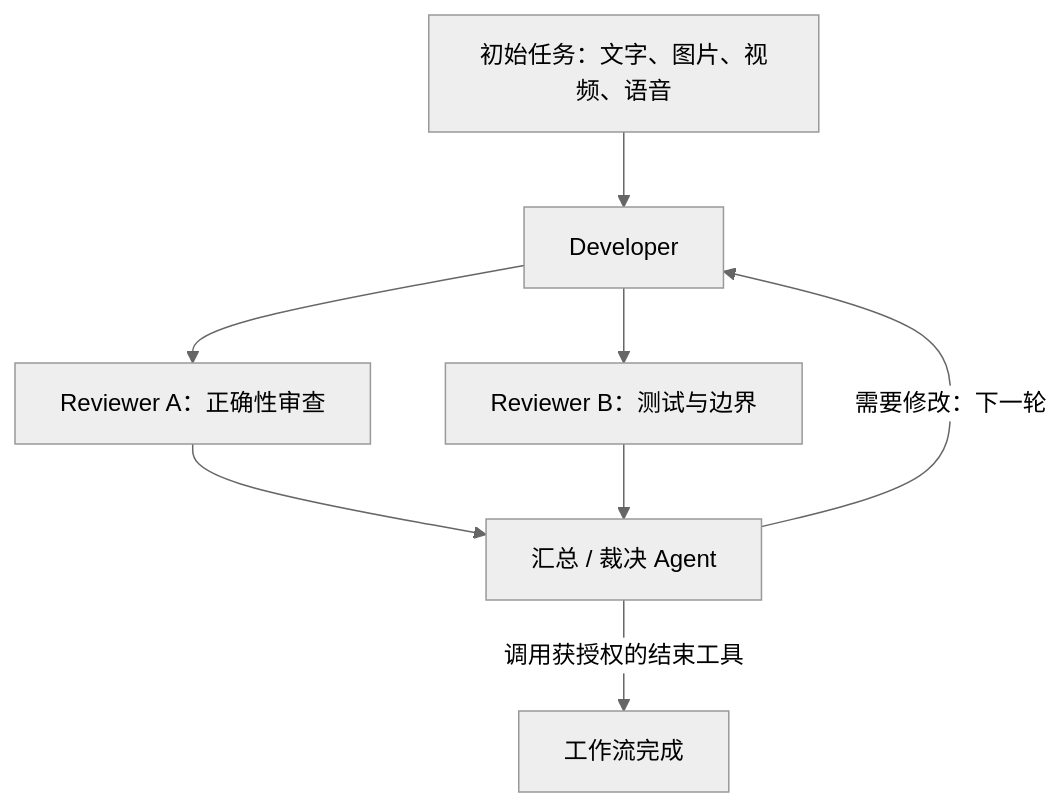
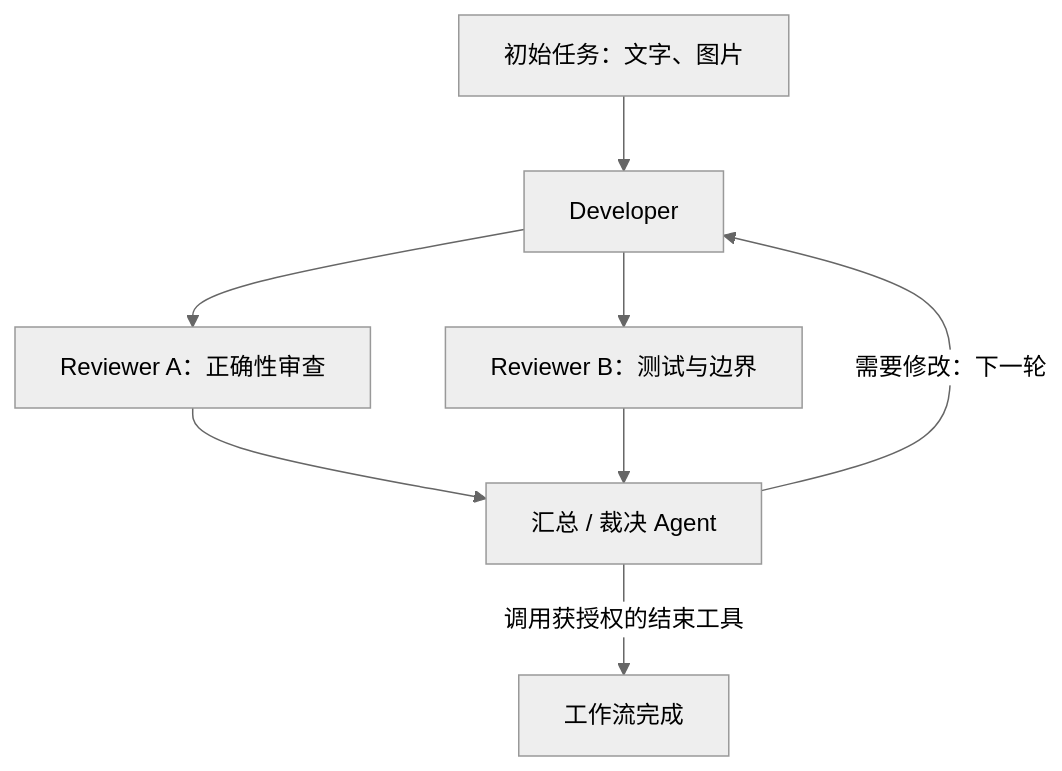
One commit to zengjice/ctrlx changed the first of 3 diagrams in docs/multi-agent-design.md. Above: the diagram before and after it, drawn with Mermaid (neutral theme). The commit also changed other lines of this file and 59 other files, not shown here.

````diff
--- a/docs/multi-agent-design.md
+++ b/docs/multi-agent-design.md
@@ -70,10 +70,10 @@
 ```mermaid
 flowchart TD
-    U["初始任务：文字、图片、视频、语音"] --> D["Developer"]
+    U["初始任务：文字、图片"] --> D["Developer"]
     D --> A["Reviewer A：正确性审查"]
     D --> B["Reviewer B：测试与边界"]
     A --> J["汇总 / 裁决 Agent"]
     B --> J
     J -->|"需要修改：下一轮"| D
     J -->|"调用获授权的结束工具"| F["工作流完成"]
 ```
````
